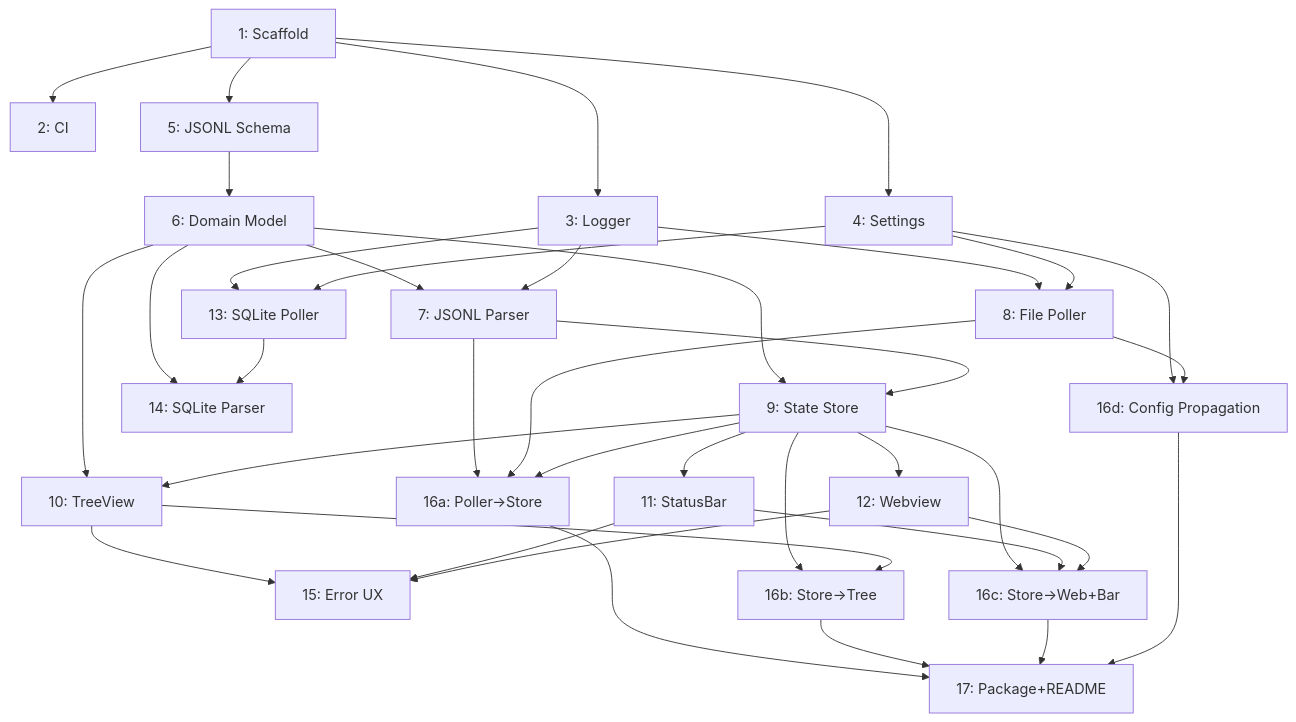
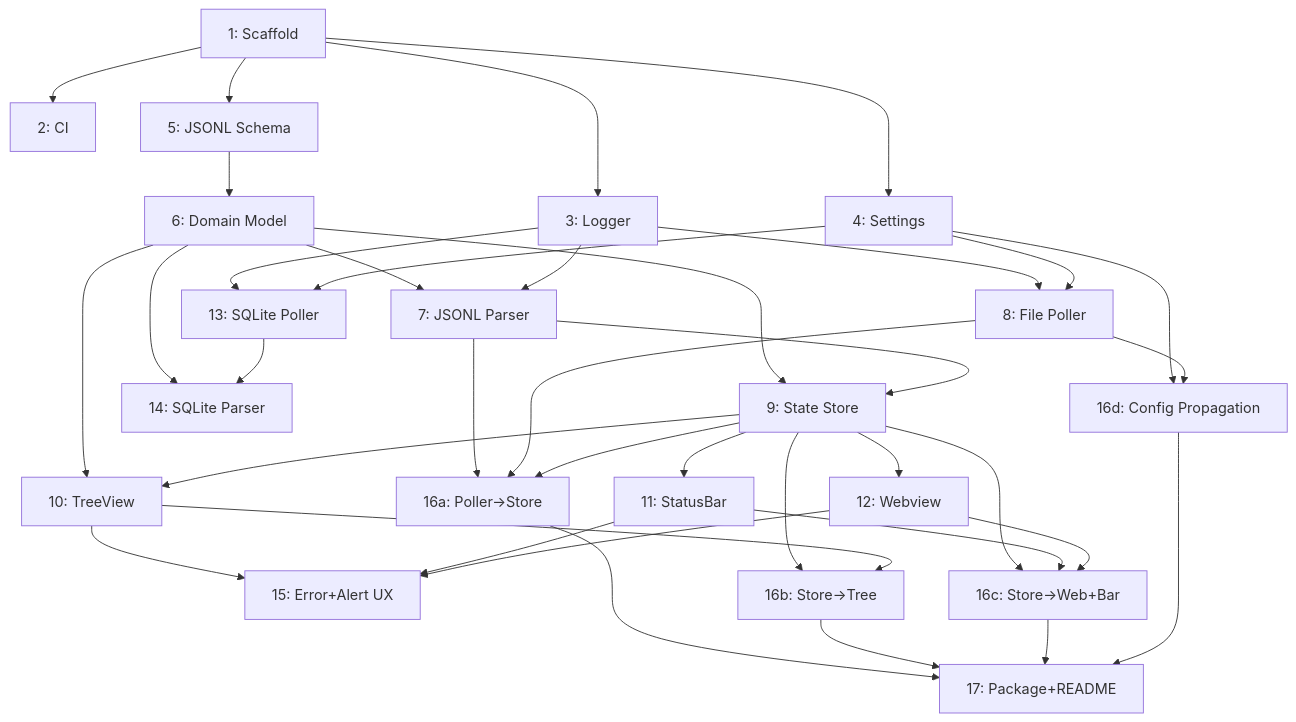
One commit to ivarhuni/-vs-context changed the diagram in PLAN.md. Above: the diagram before and after it, drawn with Mermaid. The commit also changed other lines of this file, not shown here.

````diff
--- a/PLAN.md
+++ b/PLAN.md
@@ -419,39 +458,39 @@
 ```mermaid
 graph TD
     T1[1: Scaffold] --> T2[2: CI]
     T1 --> T3[3: Logger]
     T1 --> T4[4: Settings]
     T1 --> T5[5: JSONL Schema]
     T5 --> T6[6: Domain Model]
     T6 --> T7[7: JSONL Parser]
     T3 --> T7
     T3 --> T8[8: File Poller]
     T4 --> T8
     T6 --> T9[9: State Store]
     T7 --> T9
     T6 --> T10[10: TreeView]
     T9 --> T10
     T9 --> T11[11: StatusBar]
     T9 --> T12[12: Webview]
     T3 --> T13[13: SQLite Poller]
     T4 --> T13
     T6 --> T14[14: SQLite Parser]
     T13 --> T14
-    T10 --> T15[15: Error UX]
+    T10 --> T15[15: Error+Alert UX]
     T11 --> T15
     T12 --> T15
     T7 --> T16a[16a: Poller→Store]
     T8 --> T16a
     T9 --> T16a
     T9 --> T16b[16b: Store→Tree]
     T10 --> T16b
     T9 --> T16c[16c: Store→Web+Bar]
     T11 --> T16c
     T12 --> T16c
     T4 --> T16d[16d: Config Propagation]
     T8 --> T16d
     T16a --> T17[17: Package+README]
     T16b --> T17
     T16c --> T17
     T16d --> T17
 ```
````
